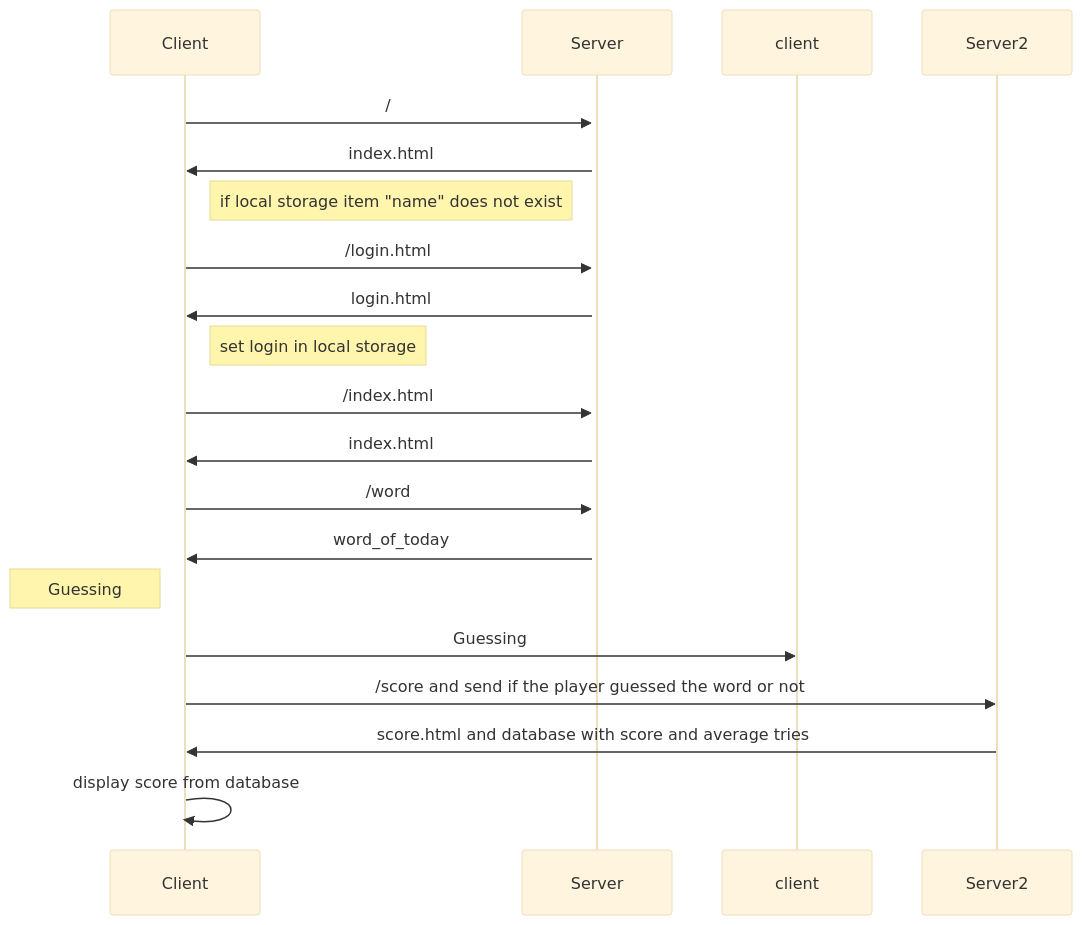
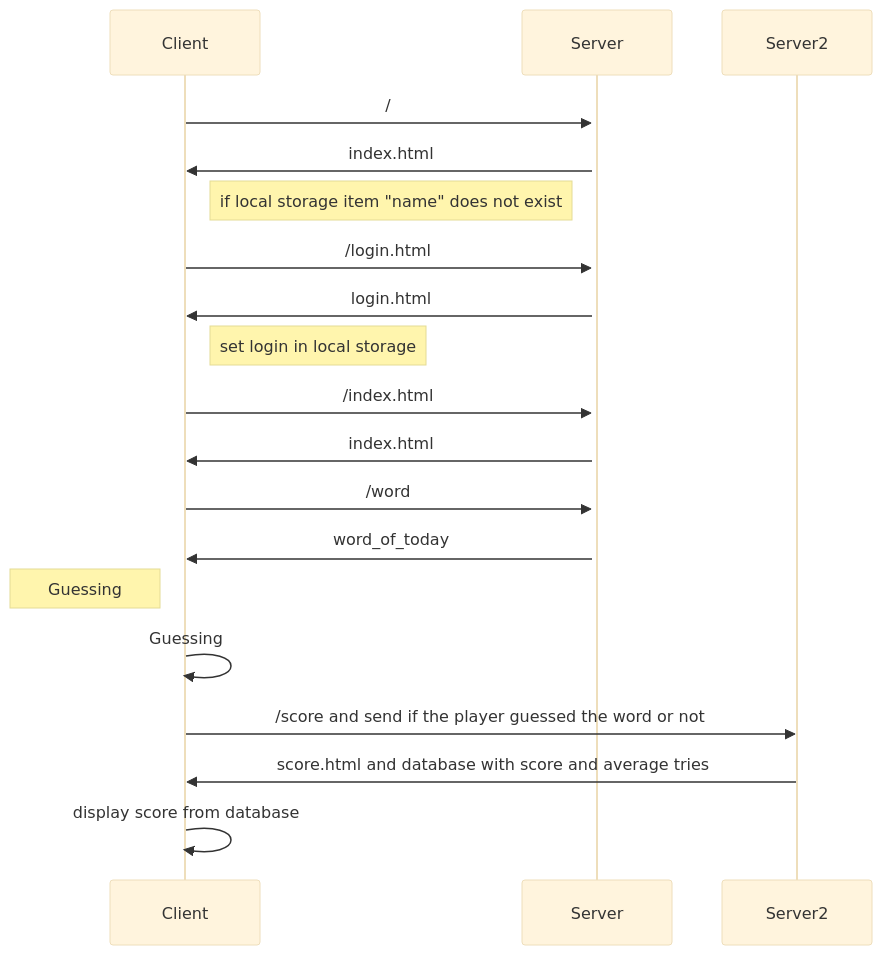
One commit to VictoriaWieca/motus_Zaafira_Victoria changed the diagram in README.md. Above: the diagram before and after it, drawn with Mermaid (base theme).

````diff
--- a/README.md
+++ b/README.md
@@ -24,18 +24,18 @@
 ```mermaid
 sequenceDiagram
     Client->>+Server: /
     Server->>Client: index.html
     note right of Client : if local storage item "name" does not exist
     Client->>Server: /login.html
     Server->>Client: login.html
     note right of Client : set login in local storage
     Client->>Server: /index.html
     Server->>Client: index.html
     Client->>Server: /word
     Server->>Client: word_of_today
     note left of Client: Guessing
-    Client->>client: Guessing 
+    Client->>Client: Guessing 
     Client->>Server2: /score and send if the player guessed the word or not 
     Server2->>Client: score.html and database with score and average tries
     Client->>Client: display score from database
 ```
````
